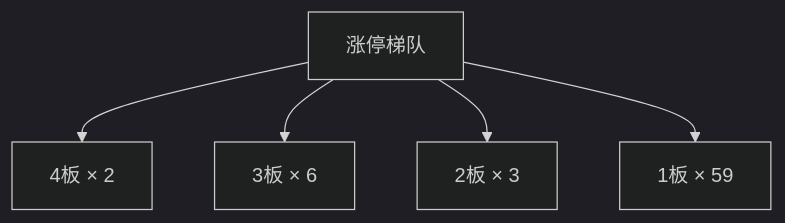
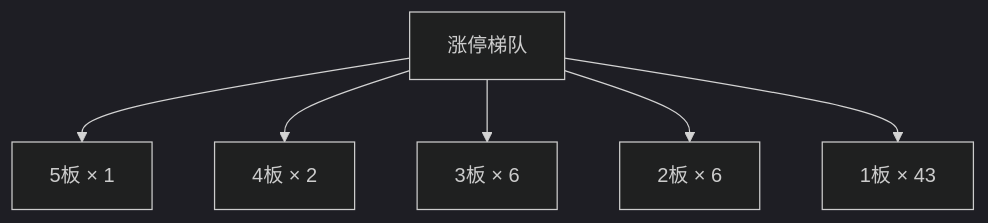
One commit to hesherchen-sketch/ray1992chzl changed the first of 25 diagrams in content/投研交易/盘中分析/20261125.md. Above: the diagram before and after it, drawn with Mermaid (dark theme). The commit also changed other lines of this file, not shown here.

Commit message:
sync notes 2026-11-25 18:00: 盘中分析改版（总览置顶+盯盘卡 mermaid、概念口径、梯队修正、机会与快讯）

````diff
--- a/content/投研交易/盘中分析/20261125.md
+++ b/content/投研交易/盘中分析/20261125.md
@@ -46,8 +52,9 @@
 ```mermaid
 flowchart TD
     ROOT["涨停梯队"]
-    ROOT --> B0["4板 × 2"]
-    ROOT --> B1["3板 × 6"]
-    ROOT --> B2["2板 × 3"]
-    ROOT --> B3["1板 × 59"]
+    ROOT --> B0["5板 × 1"]
+    ROOT --> B1["4板 × 2"]
+    ROOT --> B2["3板 × 6"]
+    ROOT --> B3["2板 × 6"]
+    ROOT --> B4["1板 × 43"]
 ```
````
